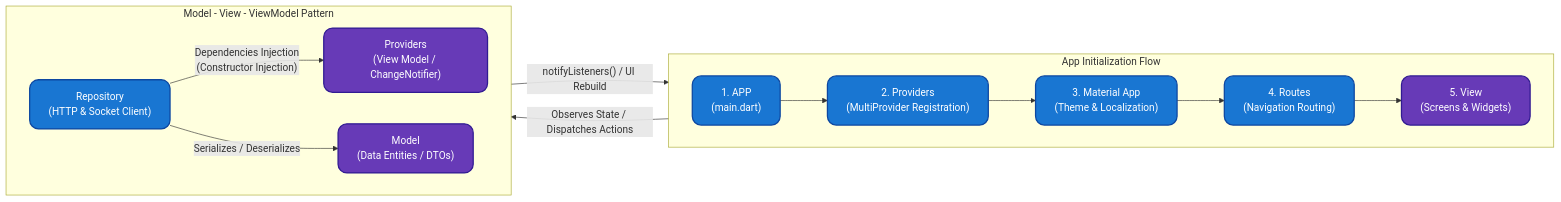
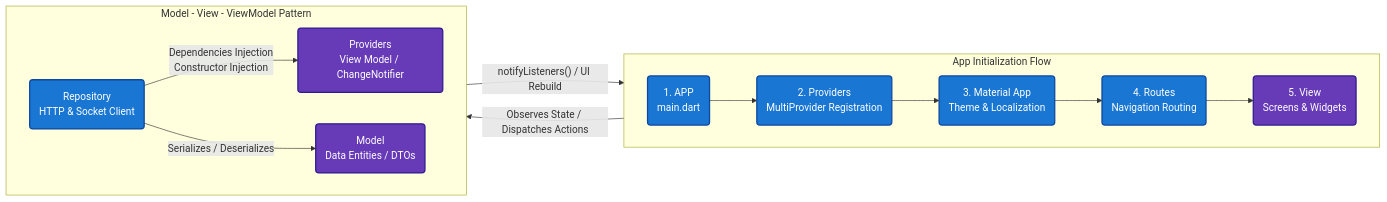
The second of 5 diagrams in README.en.md (aimachinius/Thread-City-), drawn with Mermaid before and after one commit. The commit also changed other lines of this file and 2 other files, not shown here.

Commit message:
fix(docs): resolve GitHub Mermaid diagram parse errors across all README files

````diff
--- a/README.en.md
+++ b/README.en.md
@@ -78,23 +79,23 @@
 ```mermaid
 flowchart LR
     subgraph AppFlow ["App Initialization Flow"]
         direction LR
-        APP["1. APP<br/>(main.dart)"] --> ProvidersInit["2. Providers<br/>(MultiProvider Registration)"]
-        ProvidersInit --> Material["3. Material App<br/>(Theme & Localization)"]
-        Material --> Routes["4. Routes<br/>(Navigation Routing)"]
-        Routes --> View["5. View<br/>(Screens & Widgets)"]
+        APP("1. APP<br/>main.dart") --> ProvidersInit("2. Providers<br/>MultiProvider Registration")
+        ProvidersInit --> Material("3. Material App<br/>Theme & Localization")
+        Material --> Routes("4. Routes<br/>Navigation Routing")
+        Routes --> View("5. View<br/>Screens & Widgets")
     end
 
     subgraph MVVMArchitecture ["Model - View - ViewModel Pattern"]
         direction LR
-        View -->|"Observes State / Dispatches Actions"| ProvidersVM["Providers<br/>(View Model / ChangeNotifier)"]
-        Repo["Repository<br/>(HTTP & Socket Client)" ] -->|"Dependencies Injection<br/>(Constructor Injection)"| ProvidersVM
-        Repo -->|"Serializes / Deserializes"| Model["Model<br/>(Data Entities / DTOs)"]
+        View -->|"Observes State / Dispatches Actions"| ProvidersVM("Providers<br/>View Model / ChangeNotifier")
+        Repo("Repository<br/>HTTP & Socket Client") -->|"Dependencies Injection<br/>Constructor Injection"| ProvidersVM
+        Repo -->|"Serializes / Deserializes"| Model("Model<br/>Data Entities / DTOs")
         ProvidersVM -->|"notifyListeners() / UI Rebuild"| View
     end
 
-    classDef blueBox fill:#1976D2,stroke:#0D47A1,stroke-width:2px,color:#fff,rx:14px,ry:14px;
-    classDef purpleBox fill:#673AB7,stroke:#311B92,stroke-width:2px,color:#fff,rx:14px,ry:14px;
+    classDef blueBox fill:#1976D2,stroke:#0D47A1,stroke-width:2px,color:#fff;
+    classDef purpleBox fill:#673AB7,stroke:#311B92,stroke-width:2px,color:#fff;
     class APP,ProvidersInit,Material,Routes,Repo blueBox;
     class View,ProvidersVM,Model purpleBox;
 ```
````
